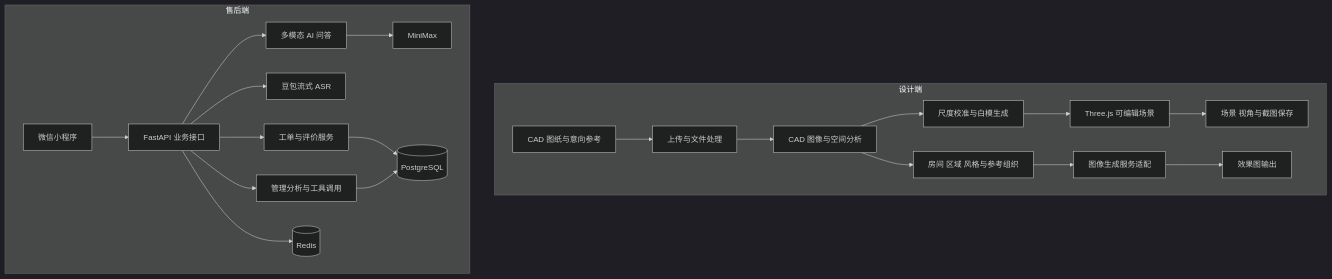
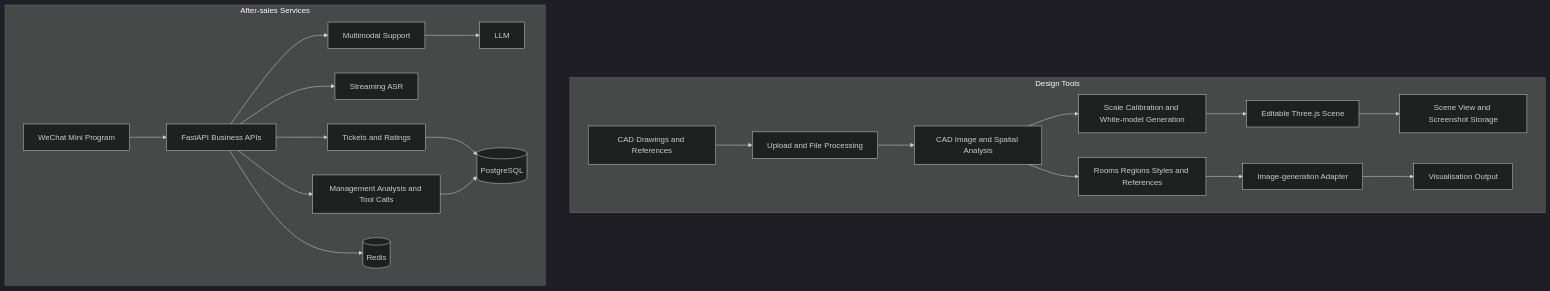
Before and after one commit to Liangyueyi/Portfolio: the diagram in projects/ai-furniture-platform.md, drawn with Mermaid (dark theme). The commit also changed other lines of this file and 10 other files, not shown here.

Commit message:
Publish bilingual portfolio and update rehabilitation deployment architecture

````diff
--- a/projects/ai-furniture-platform.md
+++ b/projects/ai-furniture-platform.md
@@ -35,24 +37,24 @@
 ```mermaid
 flowchart TB
-    subgraph Design[设计端]
-        U[CAD 图纸与意向参考] --> UP[上传与文件处理]
-        UP --> AN[CAD 图像与空间分析]
-        AN --> WM[尺度校准与白模生成]
-        WM --> UI[Three.js 可编辑场景]
-        AN --> CT[房间 区域 风格与参考组织]
-        CT --> GEN[图像生成服务适配]
-        UI --> SAVE[场景 视角与截图保存]
-        GEN --> IMG[效果图输出]
+    subgraph Design[Design Tools]
+        U[CAD Drawings and References] --> UP[Upload and File Processing]
+        UP --> AN[CAD Image and Spatial Analysis]
+        AN --> WM[Scale Calibration and White-model Generation]
+        WM --> UI[Editable Three.js Scene]
+        AN --> CT[Rooms Regions Styles and References]
+        CT --> GEN[Image-generation Adapter]
+        UI --> SAVE[Scene View and Screenshot Storage]
+        GEN --> IMG[Visualisation Output]
     end
-    subgraph Service[售后端]
-        WX[微信小程序] --> API[FastAPI 业务接口]
-        API --> CHAT[多模态 AI 问答]
-        CHAT --> MM[MiniMax]
-        API --> ASR[豆包流式 ASR]
-        API --> TK[工单与评价服务]
-        API --> TOOL[管理分析与工具调用]
+    subgraph Service[After-sales Services]
+        WX[WeChat Mini Program] --> API[FastAPI Business APIs]
+        API --> CHAT[Multimodal Support]
+        CHAT --> MM[LLM]
+        API --> ASR[Streaming ASR]
+        API --> TK[Tickets and Ratings]
+        API --> TOOL[Management Analysis and Tool Calls]
         TK --> DB[(PostgreSQL)]
         TOOL --> DB
         API --> CACHE[(Redis)]
     end
 ```
````
